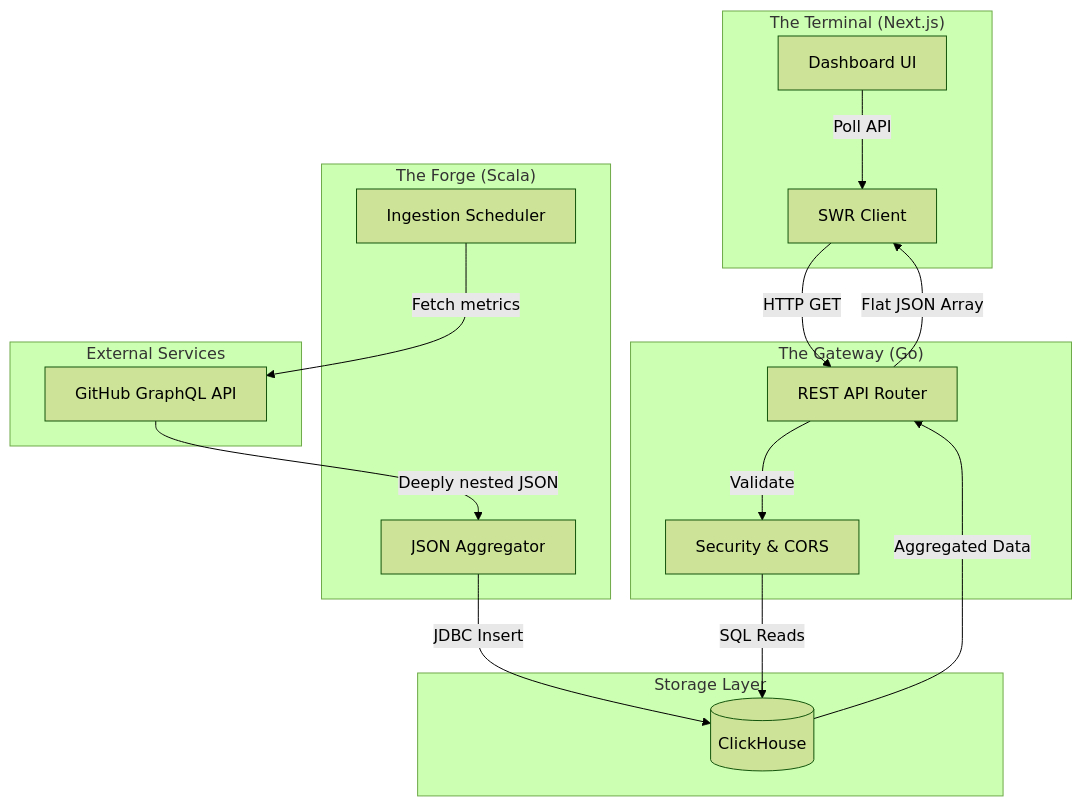
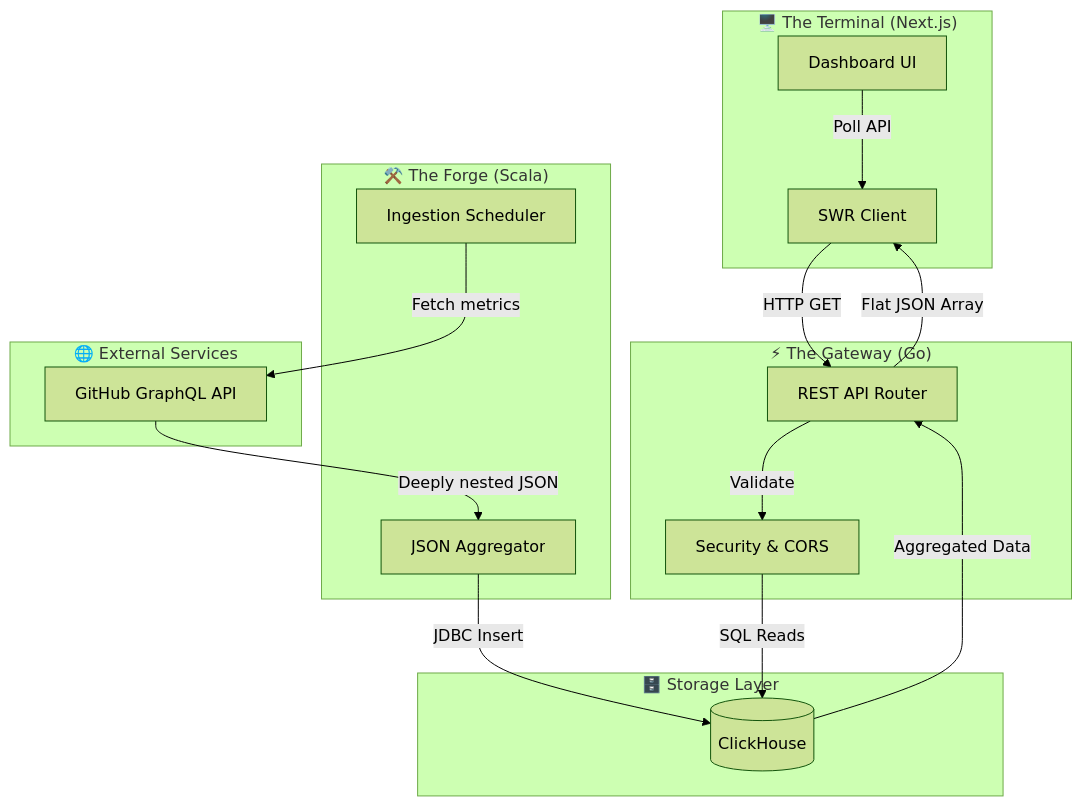
The diagram in README.md (pd241008/OmniStat), drawn with Mermaid (forest theme) before and after one commit. The commit also changed other lines of this file, not shown here.

Commit message:
docs: restructure README with enhanced architectural diagrams and detailed component documentation

````diff
--- a/README.md
+++ b/README.md
@@ -18,37 +38,37 @@
 ```mermaid
 graph TD
-    subgraph Frontend["The Terminal (Next.js)"]
+    subgraph Frontend["🖥️ The Terminal (Next.js)"]
         UI[Dashboard UI]
         Hydration[SWR Client]
     end
 
-    subgraph Backend["The Gateway (Go)"]
+    subgraph Backend["⚡ The Gateway (Go)"]
         API[REST API Router]
         Sec[Security & CORS]
     end
 
-    subgraph Storage["Storage Layer"]
+    subgraph Storage["🗄️ Storage Layer"]
         CH[(ClickHouse)]
     end
 
-    subgraph Data["The Forge (Scala)"]
+    subgraph Data["⚒️ The Forge (Scala)"]
         Cron[Ingestion Scheduler]
         Parser[JSON Aggregator]
     end
 
-    subgraph External["External Services"]
+    subgraph External["🌐 External Services"]
         GH[GitHub GraphQL API]
     end
 
     %% Flow
     Cron -->|Fetch metrics| GH
     GH -->|Deeply nested JSON| Parser
     Parser -->|JDBC Insert| CH
 
     UI -->|Poll API| Hydration
     Hydration -->|HTTP GET| API
     API -->|Validate| Sec
     Sec -->|SQL Reads| CH
     CH -->|Aggregated Data| API
     API -->|Flat JSON Array| Hydration
 ```
````
